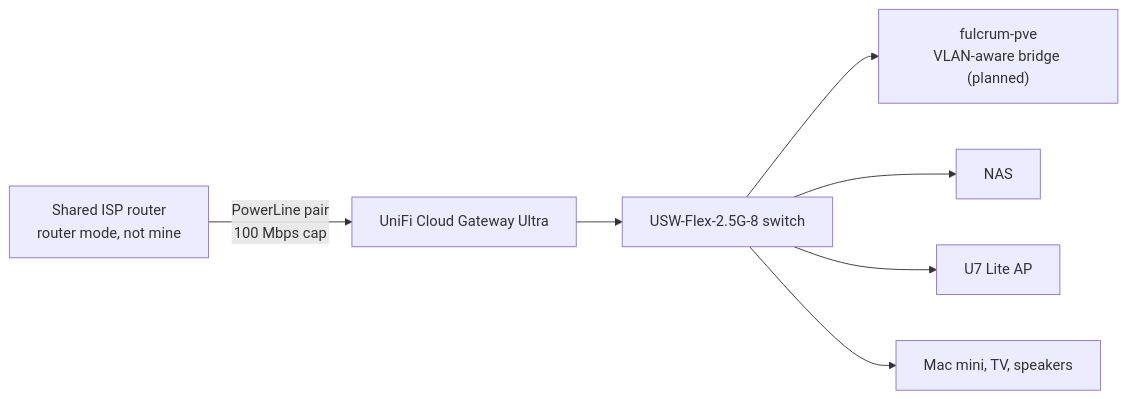
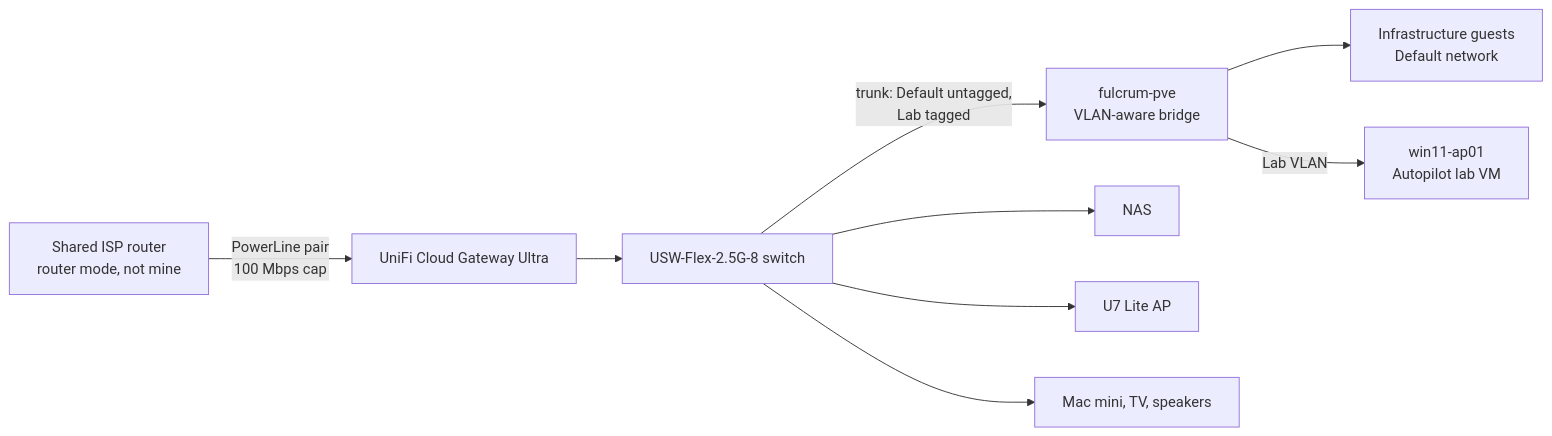
One commit to jacobollis/homelab changed the diagram in docs/networking.md. Above: the diagram before and after it, drawn with Mermaid. The commit also changed other lines of this file and 6 other files, not shown here.

Commit message:
docs: add lab VLAN results and mDNS finding

````diff
--- a/docs/networking.md
+++ b/docs/networking.md
@@ -5,9 +5,11 @@
 ```mermaid
 flowchart LR
   isp["Shared ISP router<br/>router mode, not mine"] -- "PowerLine pair<br/>100 Mbps cap" --> gw["UniFi Cloud Gateway Ultra"]
   gw --> sw["USW-Flex-2.5G-8 switch"]
-  sw --> pve["fulcrum-pve<br/>VLAN-aware bridge (planned)"]
+  sw -- "trunk: Default untagged,<br/>Lab tagged" --> pve["fulcrum-pve<br/>VLAN-aware bridge"]
+  pve --> vms["Infrastructure guests<br/>Default network"]
+  pve -- "Lab VLAN" --> lab["win11-ap01<br/>Autopilot lab VM"]
   sw --> nas["NAS"]
   sw --> ap["U7 Lite AP"]
   sw --> clients["Mac mini, TV, speakers"]
 ```
````
